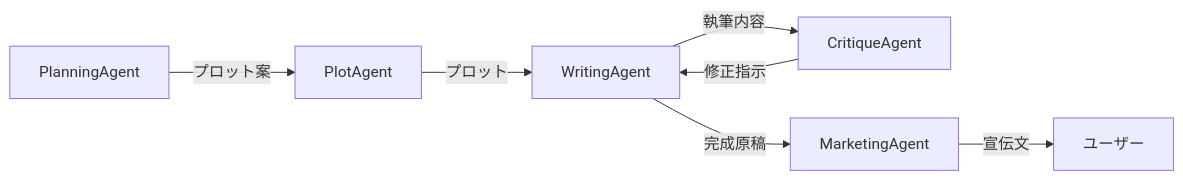
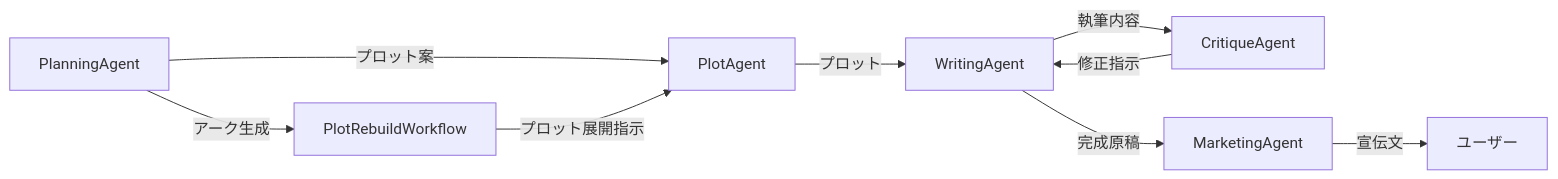
Before and after one commit to herbmatsui-spec/autonovel: the diagram in docs/agent_interaction.md, drawn with Mermaid. The commit also changed other lines of this file and 128 other files, not shown here.

````diff
--- a/docs/agent_interaction.md
+++ b/docs/agent_interaction.md
@@ -3,9 +3,11 @@
 ```mermaid
 graph LR
-    PlanningAgent[PlanningAgent] -->|プロット案| PlotAgent[PlotAgent]
+    PlanningAgent[PlanningAgent] -->|アーク生成| PlotRebuildWorkflow[PlotRebuildWorkflow]
+    PlanningAgent -->|プロット案| PlotAgent[PlotAgent]
+    PlotRebuildWorkflow -->|プロット展開指示| PlotAgent[PlotAgent]
     PlotAgent -->|プロット| WritingAgent[WritingAgent]
     WritingAgent -->|執筆内容| CritiqueAgent[CritiqueAgent]
     CritiqueAgent -->|修正指示| WritingAgent
     WritingAgent -->|完成原稿| MarketingAgent[MarketingAgent]
     MarketingAgent -->|宣伝文| User[ユーザー]
 ```
````
